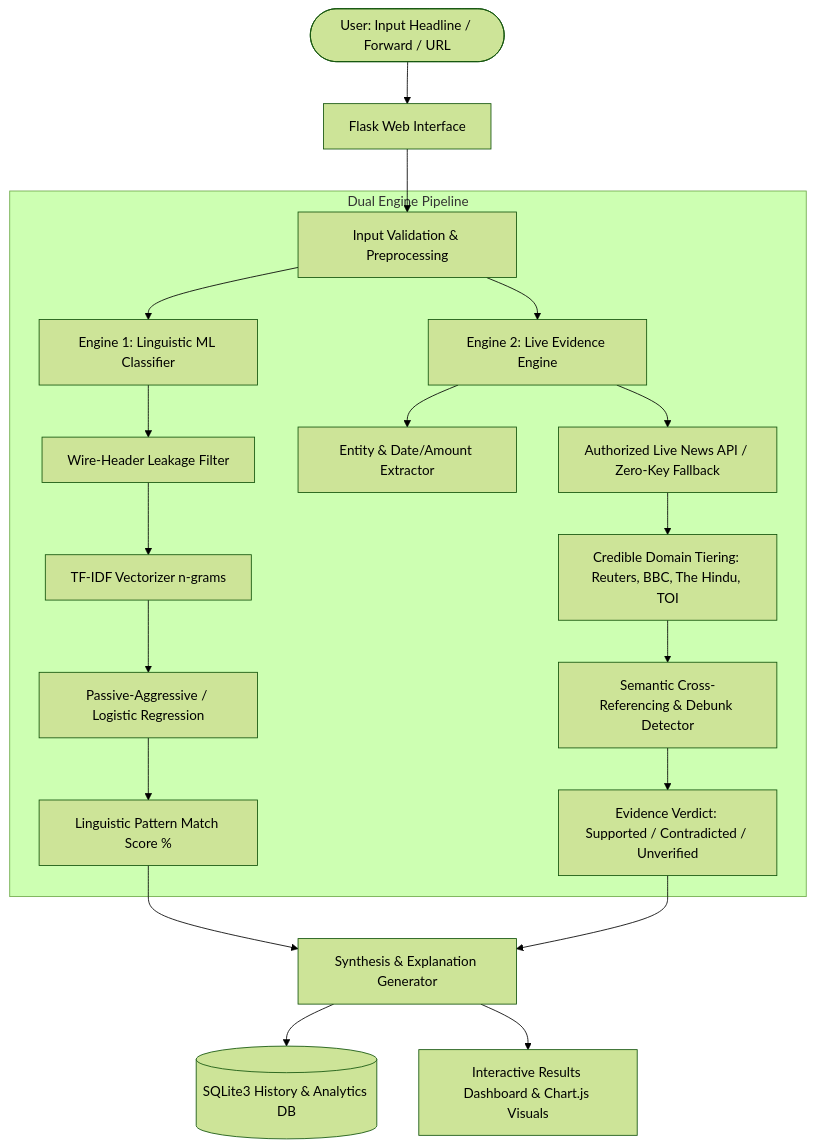
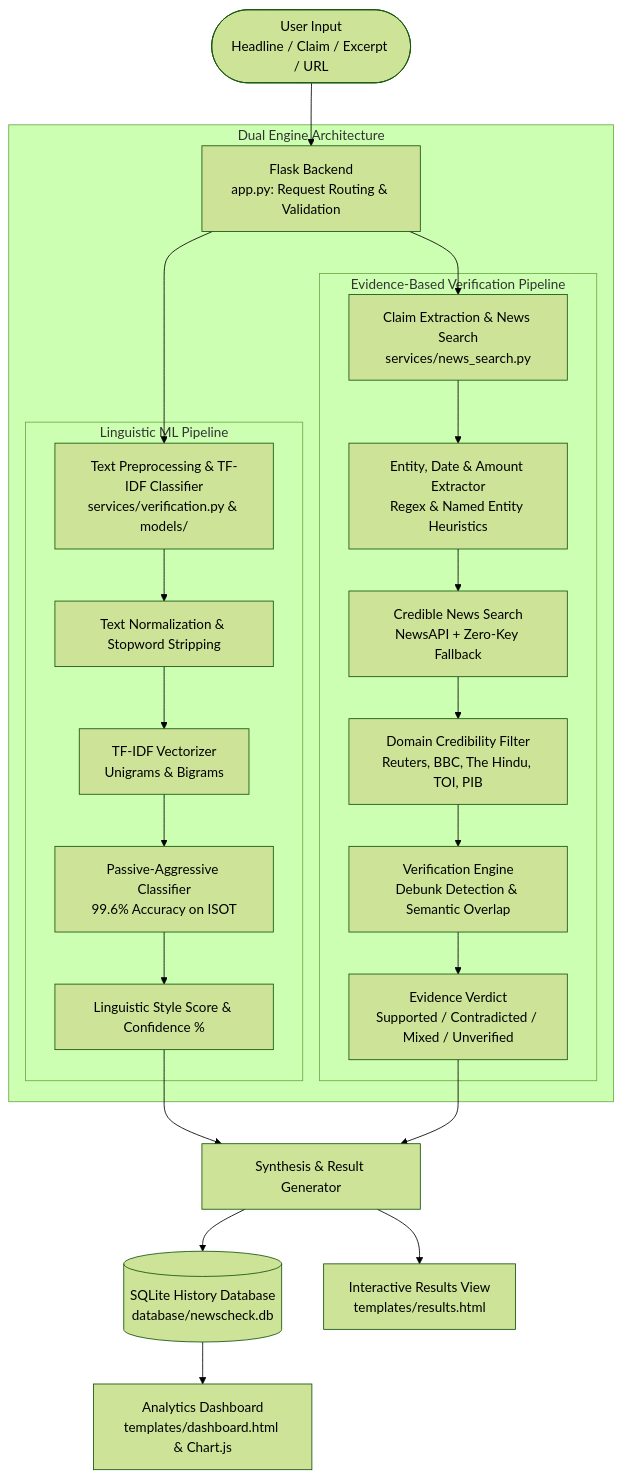
The diagram in README.md (aniketbogalkar/Fake-news), drawn with Mermaid (forest theme) before and after one commit. The commit also changed other lines of this file and 3 other files, not shown here.

Commit message:
Relocate bootstrap sample tool, update architecture diagram and testing guide in README

````diff
--- a/README.md
+++ b/README.md
@@ -16,26 +16,36 @@
 ```mermaid
-graph TD
-    User([User: Input Headline / Forward / URL]) --> WebUI[Flask Web Interface]
-    WebUI --> InputValidator[Input Validation & Preprocessing]
+flowchart TD
+    %% User Layer
+    A([User Input<br/>Headline / Claim / Excerpt / URL]) --> B[Flask Backend<br/>app.py: Request Routing & Validation]
+
+    %% Dual Pipeline Orchestration
+    subgraph Flask_Orchestration ["Dual Engine Architecture"]
+        B --> C[Text Preprocessing & TF-IDF Classifier<br/>services/verification.py & models/]
+        B --> D[Claim Extraction & News Search<br/>services/news_search.py]
+        
+        %% Pipeline 1: Linguistic ML
+        subgraph Pipeline_1 ["Linguistic ML Pipeline"]
+            C --> C1[Text Normalization & Stopword Stripping]
+            C1 --> C2[TF-IDF Vectorizer<br/>Unigrams & Bigrams]
+            C2 --> C3[Passive-Aggressive Classifier<br/>99.6% Accuracy on ISOT]
+            C3 --> C4[Linguistic Style Score & Confidence %]
+        end
+
+        %% Pipeline 2: Evidence Engine
+        subgraph Pipeline_2 ["Evidence-Based Verification Pipeline"]
+            D --> D1[Entity, Date & Amount Extractor<br/>Regex & Named Entity Heuristics]
+            D1 --> D2[Credible News Search<br/>NewsAPI + Zero-Key Fallback]
+            D2 --> D3[Domain Credibility Filter<br/>Reuters, BBC, The Hindu, TOI, PIB]
+            D3 --> E[Verification Engine<br/>Debunk Detection & Semantic Overlap]
+            E --> E1[Evidence Verdict<br/>Supported / Contradicted / Mixed / Unverified]
+        end
+    end
+
+    %% Synthesis & Storage
+    C4 --> F[Synthesis & Result Generator]
+    E1 --> F
     
-    subgraph Dual Engine Pipeline
-        InputValidator --> ML_Pipe[Engine 1: Linguistic ML Classifier]
-        ML_Pipe --> LeakageClean[Wire-Header Leakage Filter]
-        LeakageClean --> TFIDF[TF-IDF Vectorizer n-grams]
-        TFIDF --> Model[Passive-Aggressive / Logistic Regression]
-        Model --> ML_Result[Linguistic Pattern Match Score %]
-        
-        InputValidator --> Verify_Pipe[Engine 2: Live Evidence Engine]
-        Verify_Pipe --> EntityExtract[Entity & Date/Amount Extractor]
-        Verify_Pipe --> LiveSearch[Authorized Live News API / Zero-Key Fallback]
-        LiveSearch --> DomainFilter[Credible Domain Tiering: Reuters, BBC, The Hindu, TOI]
-        DomainFilter --> EvidenceEngine[Semantic Cross-Referencing & Debunk Detector]
-        EvidenceEngine --> Verdict[Evidence Verdict: Supported / Contradicted / Unverified]
-    end
-    
-    ML_Result --> Synthesizer[Synthesis & Explanation Generator]
-    Verdict --> Synthesizer
-    
-    Synthesizer --> SQLite[(SQLite3 History & Analytics DB)]
-    Synthesizer --> ResultsView[Interactive Results Dashboard & Chart.js Visuals]
+    F --> G[(SQLite History Database<br/>database/newscheck.db)]
+    F --> H[Interactive Results View<br/>templates/results.html]
+    G --> I[Analytics Dashboard<br/>templates/dashboard.html & Chart.js]
 ```
````
